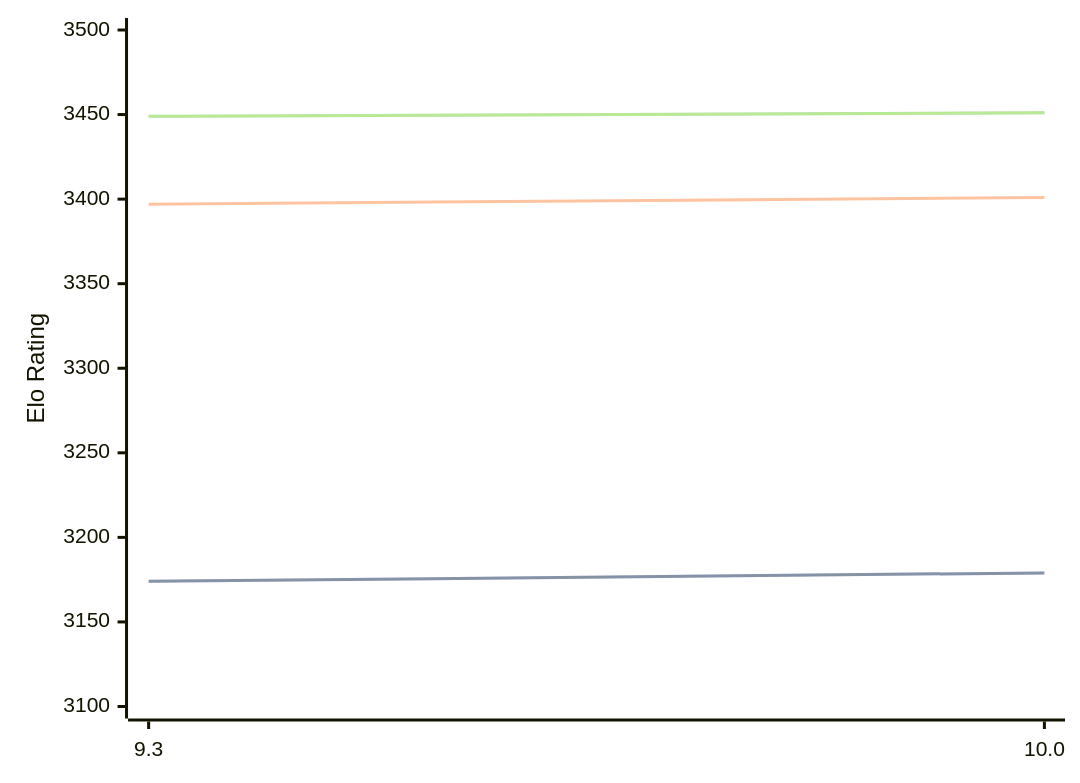
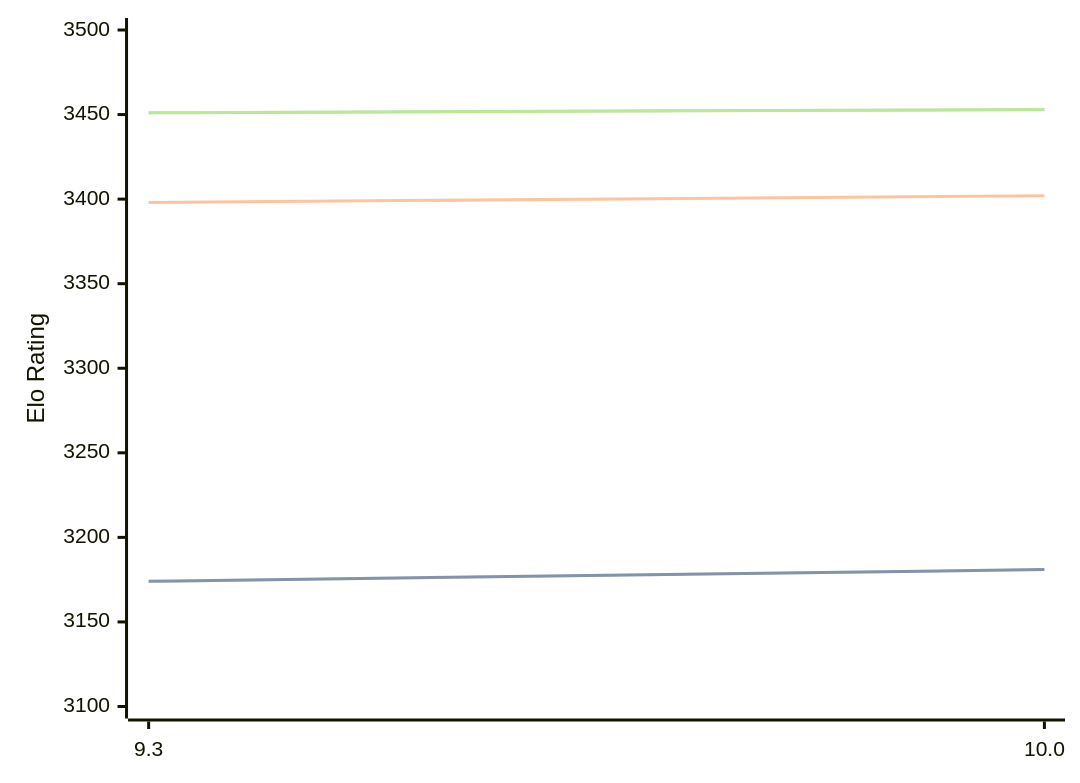
The diagram in engines/Fire.md (computer-chess-index/cci), drawn with Mermaid before and after one commit. The commit also changed other lines of this file, not shown here.

Commit message:
Update CCI Ratings (ELO VLTC) - 2026-04-07

````diff
--- a/engines/Fire.md
+++ b/engines/Fire.md
@@ -47,11 +47,11 @@
 ```mermaid
 %%{init: {"theme":"base","themeVariables":{"seriesColors:['#a3a3a3','#222221','#faa371']}}}%%
 xychart-beta
   x-axis ["9.3", "10.0"]
   y-axis "Elo Rating" 3100 --> 3500
-  line "STC (8.0+0.08s)" [3174, 3179]
-  line "STC (8.0+0.08s)" [3174, 3179]
-  line "LTC (60.0+0.60s)" [3397, 3401]
-  line "VLTC (2m24s+1.12s)" [3449, 3451]
-  line "VLTC (2m24s+1.12s)" [3449, 3451]
+  line "STC (8.0+0.08s)" [3174, 3181]
+  line "STC (8.0+0.08s)" [3174, 3181]
+  line "LTC (60.0+0.60s)" [3398, 3402]
+  line "VLTC (2m24s+1.12s)" [3451, 3453]
+  line "VLTC (2m24s+1.12s)" [3451, 3453]
 ```
````
